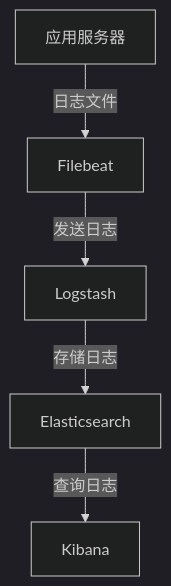
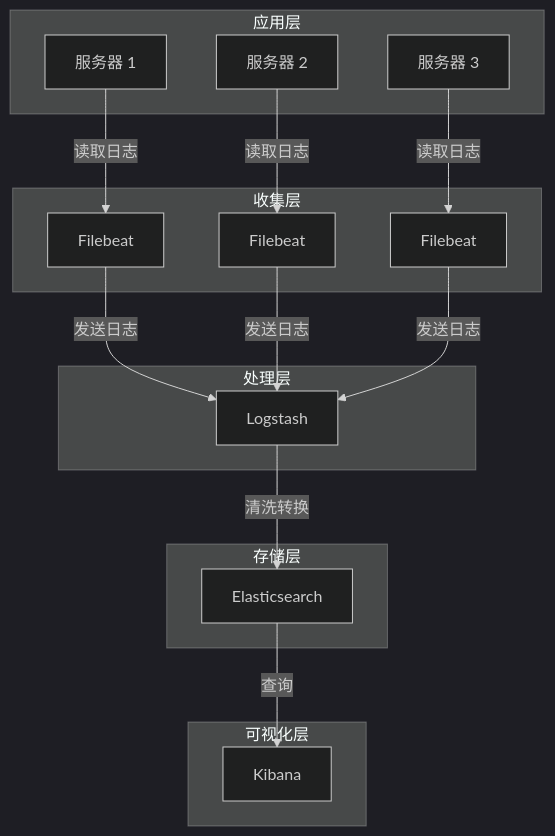
One commit to zhangshichuan/maxzhang.site changed the first of 3 diagrams in articles/zh/nodejs-logging-monitoring-guide.mdx. Above: the diagram before and after it, drawn with Mermaid (dark theme). The commit also changed other lines of this file and 5 other files, not shown here.

````diff
--- a/articles/zh/nodejs-logging-monitoring-guide.mdx
+++ b/articles/zh/nodejs-logging-monitoring-guide.mdx
@@ -383,7 +1071,38 @@
 ```mermaid
 flowchart TD
-		A[应用服务器] -->|日志文件| B[Filebeat]
-		B -->|发送日志| C[Logstash]
-		C -->|存储日志| D[Elasticsearch]
-		D -->|查询日志| E[Kibana]
+    subgraph ApplicationLayer ["应用层"]
+        A1[服务器 1]
+        A2[服务器 2]
+        A3[服务器 3]
+    end
+
+    subgraph CollectionLayer ["收集层"]
+        B1[Filebeat]
+        B2[Filebeat]
+        B3[Filebeat]
+    end
+
+    subgraph ProcessingLayer ["处理层"]
+        C[Logstash]
+    end
+
+    subgraph StorageLayer ["存储层"]
+        D[Elasticsearch]
+    end
+
+    subgraph VisualizationLayer ["可视化层"]
+        E[Kibana]
+    end
+
+    A1 -->|读取日志| B1
+    A2 -->|读取日志| B2
+    A3 -->|读取日志| B3
+
+    B1 -->|发送日志| C
+    B2 -->|发送日志| C
+    B3 -->|发送日志| C
+
+    C -->|清洗转换| D
+
+    D -->|查询| E
 ```
````
